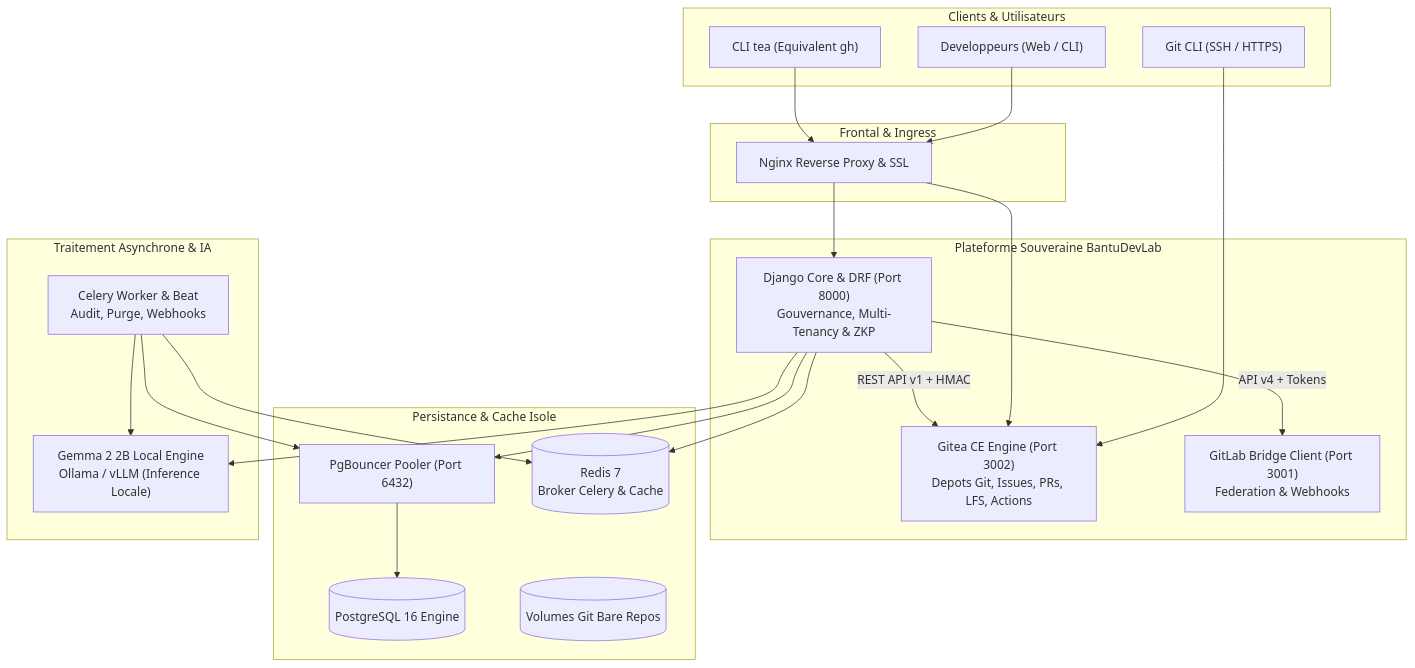
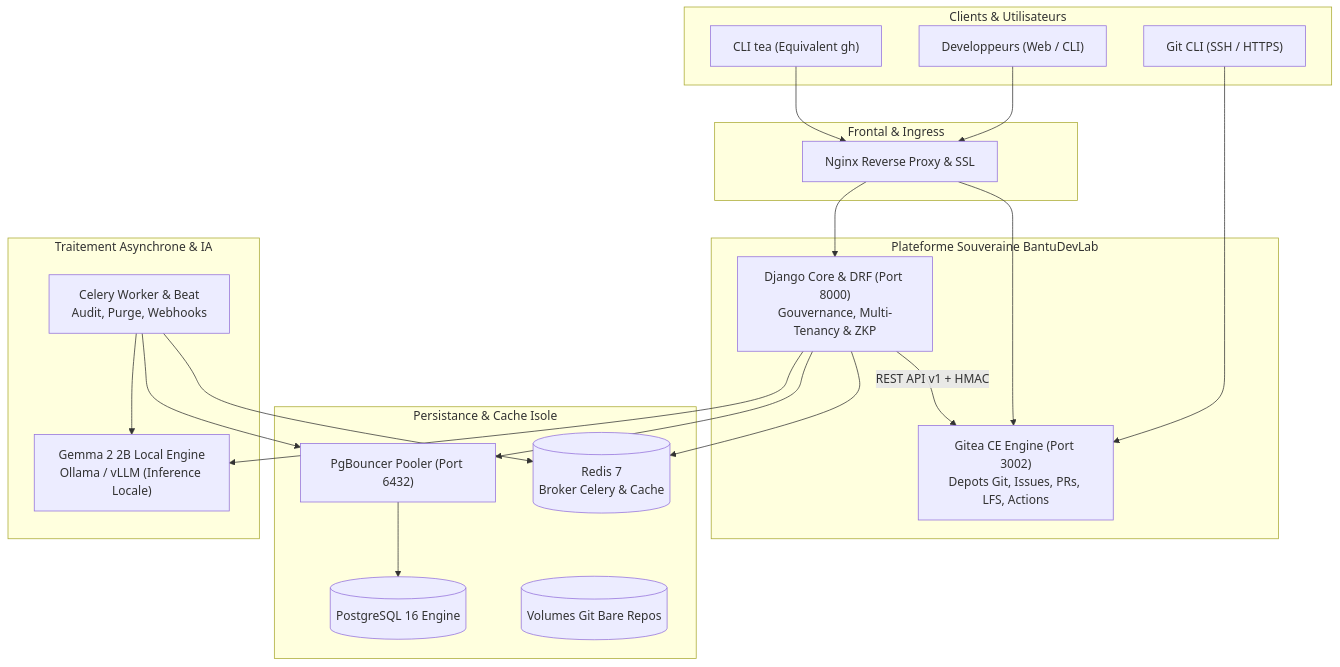
One commit to OBIEY-TEAM/BANTUDEVLAB changed the first of 2 diagrams in README.md. Above: the diagram before and after it, drawn with Mermaid. The commit also changed other lines of this file and 11 other files, not shown here.

Commit message:
chore(gitlab): retirer mentions GitLab des templates, FAQ, README et archiver CI/runner

````diff
--- a/README.md
+++ b/README.md
@@ -48,47 +48,45 @@
 ```mermaid
 flowchart TD
     subgraph Clients["Clients & Utilisateurs"]
         Dev["Developpeurs (Web / CLI)"]
         TeaCli["CLI tea (Equivalent gh)"]
         GitCli["Git CLI (SSH / HTTPS)"]
     end
 
     subgraph Edge["Frontal & Ingress"]
         Nginx["Nginx Reverse Proxy & SSL"]
     end
 
     subgraph CorePlatform["Plateforme Souveraine BantuDevLab"]
         DjangoCore["Django Core & DRF (Port 8000)<br/>Gouvernance, Multi-Tenancy & ZKP"]
         GiteaForge["Gitea CE Engine (Port 3002)<br/>Depots Git, Issues, PRs, LFS, Actions"]
-        GitLabBridge["GitLab Bridge Client (Port 3001)<br/>Federation & Webhooks"]
     end
 
     subgraph StorageData["Persistance & Cache Isole"]
         PgBouncer["PgBouncer Pooler (Port 6432)"]
         PostgresDB[("PostgreSQL 16 Engine")]
         RedisCache[("Redis 7<br/>Broker Celery & Cache")]
         GitStorage[("Volumes Git Bare Repos")]
     end
 
     subgraph AsynchronousWorkers["Traitement Asynchrone & IA"]
         CeleryWorker["Celery Worker & Beat<br/>Audit, Purge, Webhooks"]
         GemmaEngine["Gemma 2 2B Local Engine<br/>Ollama / vLLM (Inference Locale)"]
     end
 
     Dev --> Nginx
     TeaCli --> Nginx
     GitCli --> GiteaForge
 
     Nginx --> DjangoCore
     Nginx --> GiteaForge
 
     DjangoCore --> PgBouncer --> PostgresDB
     DjangoCore --> RedisCache
     DjangoCore --> GemmaEngine
     DjangoCore -->|"REST API v1 + HMAC"| GiteaForge
-    DjangoCore -->|"API v4 + Tokens"| GitLabBridge
 
     CeleryWorker --> RedisCache
     CeleryWorker --> PgBouncer
     CeleryWorker --> GemmaEngine
 ```
````
